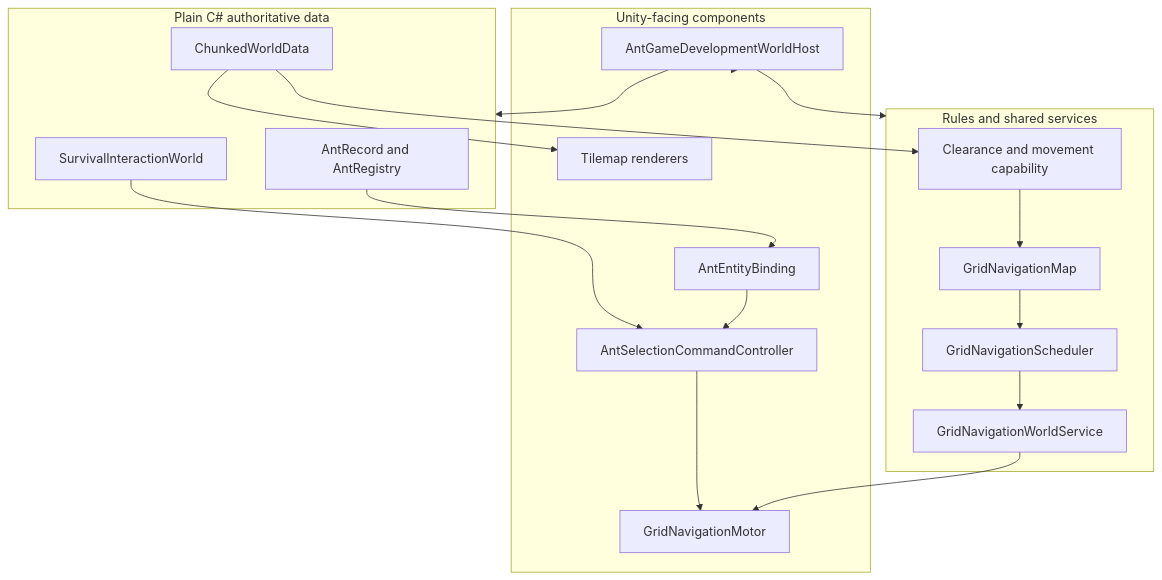
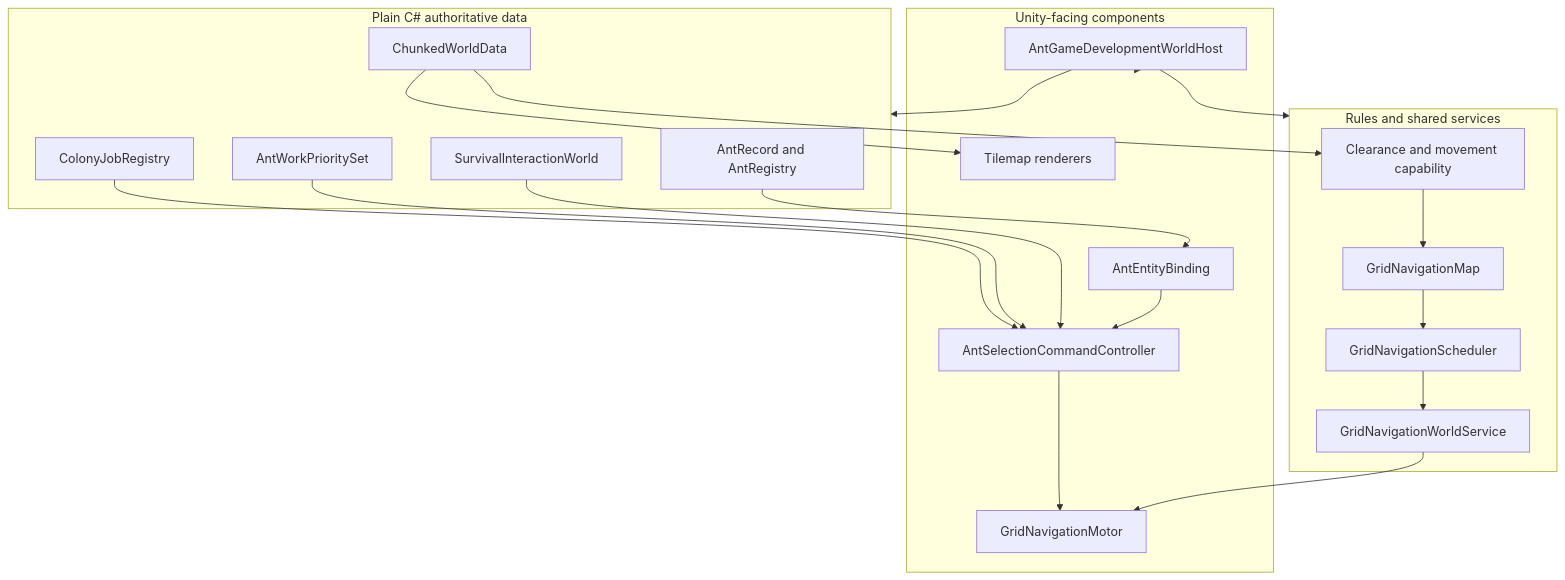
Before and after one commit to Stevr0/AntGame: the diagram in docs/technical-architecture.md, drawn with Mermaid. The commit also changed other lines of this file and 22 other files, not shown here.

````diff
--- a/docs/technical-architecture.md
+++ b/docs/technical-architecture.md
@@ -17,32 +17,36 @@
 ```mermaid
 flowchart TB
   subgraph Data[Plain C# authoritative data]
     AR[AntRecord and AntRegistry]
     WD[ChunkedWorldData]
     SI[SurvivalInteractionWorld]
+    JP[AntWorkPrioritySet]
+    JR[ColonyJobRegistry]
   end
 
   subgraph Rules[Rules and shared services]
     CAP[Clearance and movement capability]
     MAP[GridNavigationMap]
     SCH[GridNavigationScheduler]
     GWS[GridNavigationWorldService]
   end
 
   subgraph Unity[Unity-facing components]
     BIND[AntEntityBinding]
     CTRL[AntSelectionCommandController]
     MOTOR[GridNavigationMotor]
     TILE[Tilemap renderers]
     HOST[AntGameDevelopmentWorldHost]
   end
 
   WD --> CAP --> MAP --> SCH --> GWS --> MOTOR
   WD --> TILE
   AR --> BIND --> CTRL
   CTRL --> MOTOR
   SI --> CTRL
+  JP --> CTRL
+  JR --> CTRL
   HOST --> Data
   HOST --> Rules
   HOST --> Unity
 ```
````
